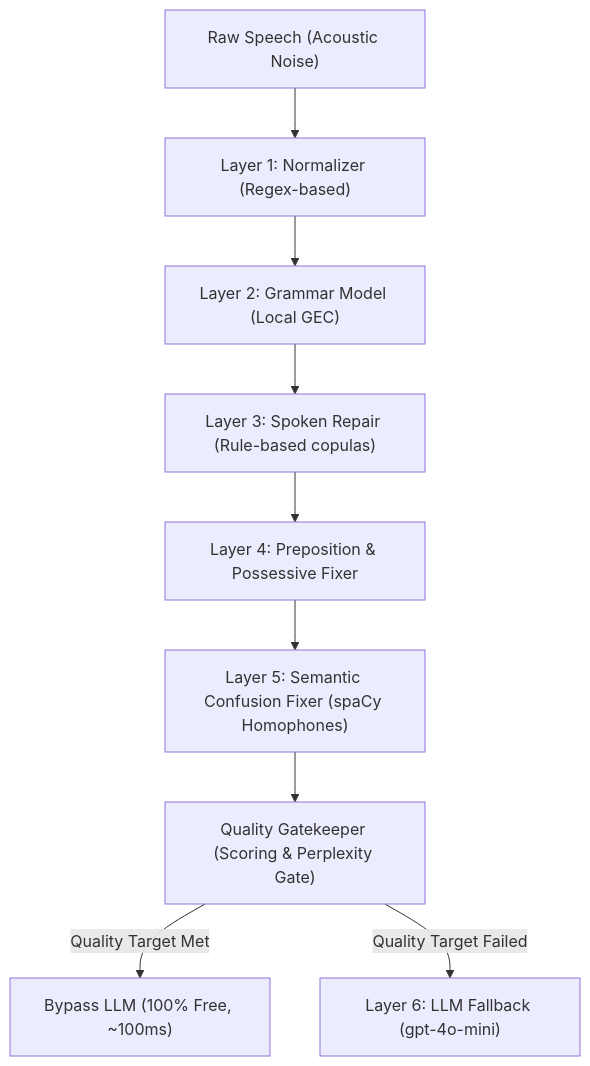
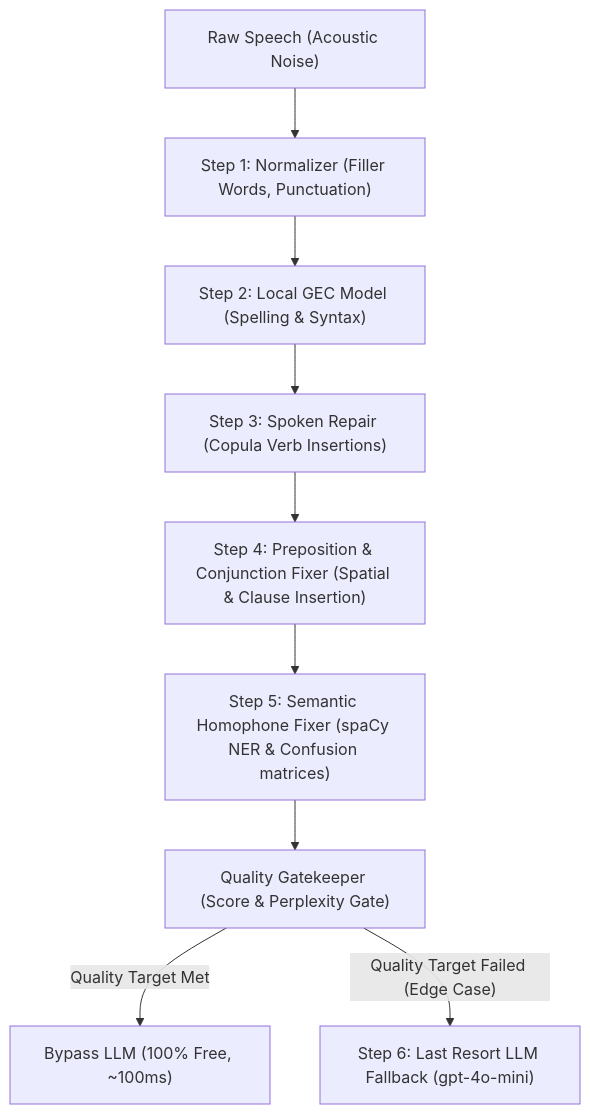
The diagram in README.md (rbharati/SpeechToTextCleaner), drawn with Mermaid before and after one commit. The commit also changed other lines of this file, not shown here.

````diff
--- a/README.md
+++ b/README.md
@@ -13,12 +13,12 @@
 ```mermaid
 graph TD
-    A["Raw Speech (Acoustic Noise)"] --> B["Layer 1: Normalizer (Regex-based)"]
-    B --> C["Layer 2: Grammar Model (Local GEC)"]
-    C --> D["Layer 3: Spoken Repair (Rule-based copulas)"]
-    D --> E["Layer 4: Preposition & Possessive Fixer"]
-    E --> F["Layer 5: Semantic Confusion Fixer (spaCy Homophones)"]
-    F --> G["Quality Gatekeeper (Scoring & Perplexity Gate)"]
+    A["Raw Speech (Acoustic Noise)"] --> B["Step 1: Normalizer (Filler Words, Punctuation)"]
+    B --> C["Step 2: Local GEC Model (Spelling & Syntax)"]
+    C --> D["Step 3: Spoken Repair (Copula Verb Insertions)"]
+    D --> E["Step 4: Preposition & Conjunction Fixer (Spatial & Clause Insertion)"]
+    E --> F["Step 5: Semantic Homophone Fixer (spaCy NER & Confusion matrices)"]
+    F --> G["Quality Gatekeeper (Score & Perplexity Gate)"]
     
     G -- "Quality Target Met" --> H["Bypass LLM (100% Free, ~100ms)"]
-    G -- "Quality Target Failed" --> I["Layer 6: LLM Fallback (gpt-4o-mini)"]
+    G -- "Quality Target Failed (Edge Case)" --> I["Step 6: Last Resort LLM Fallback (gpt-4o-mini)"]
 ```
````
